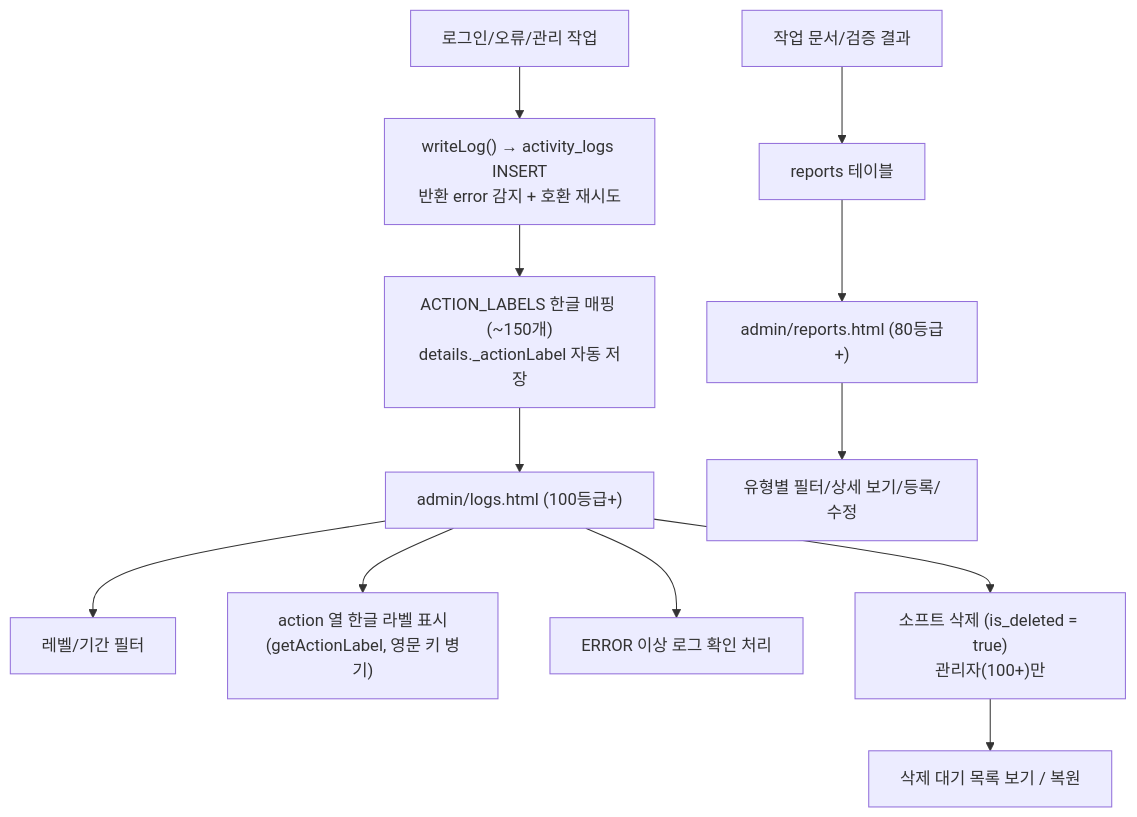
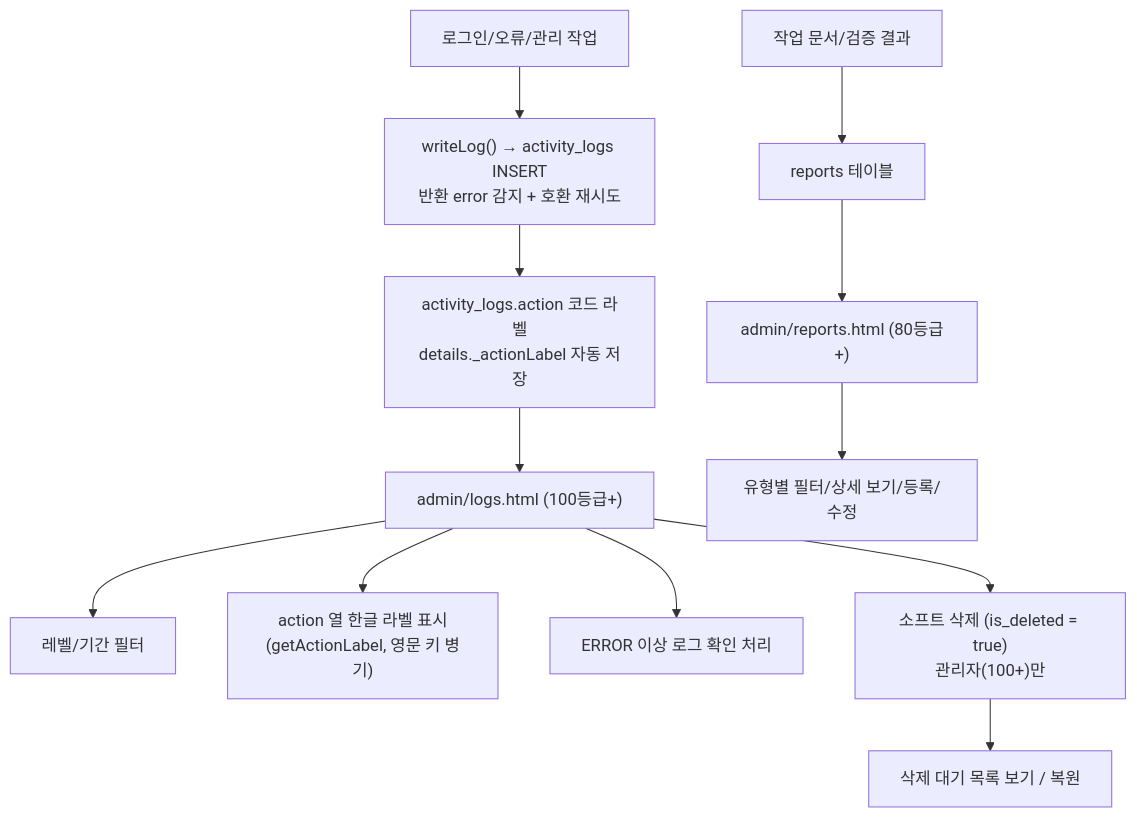
Before and after one commit to CHO-Talents/CHO-Talents: diagram 12 of 15 in docs/PROJECT_ARCHITECTURE_FLOW.md, drawn with Mermaid. The commit also changed other lines of this file and 53 other files, not shown here.

````diff
--- a/docs/PROJECT_ARCHITECTURE_FLOW.md
+++ b/docs/PROJECT_ARCHITECTURE_FLOW.md
@@ -498,15 +505,15 @@
 ```mermaid
 flowchart TD
   Event["로그인/오류/관리 작업"] --> WriteLog["writeLog() → activity_logs INSERT<br/>반환 error 감지 + 호환 재시도"]
-  WriteLog --> ActionLabel["ACTION_LABELS 한글 매핑 (~150개)<br/>details._actionLabel 자동 저장"]
+  WriteLog --> ActionLabel["activity_logs.action 코드 라벨<br/>details._actionLabel 자동 저장"]
   ActionLabel --> Logs["admin/logs.html (100등급+)"]
   Logs --> Filter["레벨/기간 필터"]
   Logs --> KoLabel["action 열 한글 라벨 표시<br/>(getActionLabel, 영문 키 병기)"]
   Logs --> Ack["ERROR 이상 로그 확인 처리"]
   Logs --> SoftDel["소프트 삭제 (is_deleted = true)<br/>관리자(100+)만"]
   SoftDel --> DelView["삭제 대기 목록 보기 / 복원"]
 
   Docs["작업 문서/검증 결과"] --> ReportsTable["reports 테이블"]
   ReportsTable --> Reports["admin/reports.html (80등급+)"]
   Reports --> ReportView["유형별 필터/상세 보기/등록/수정"]
 ```
````
